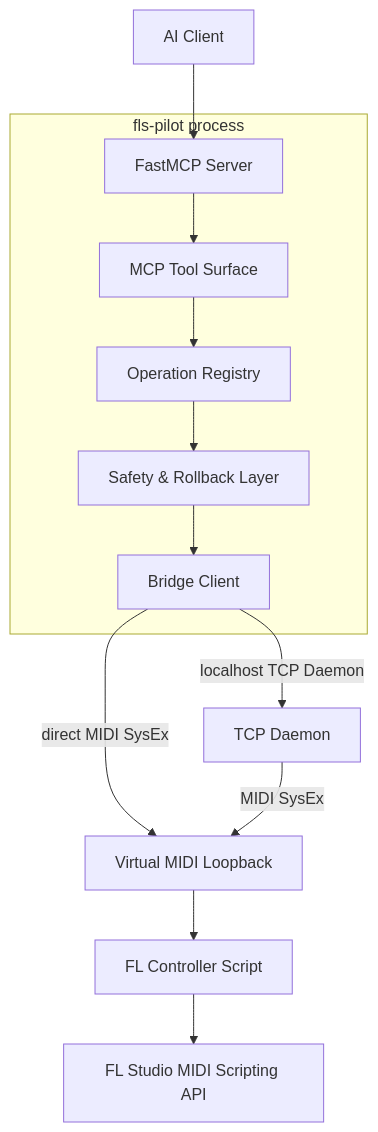
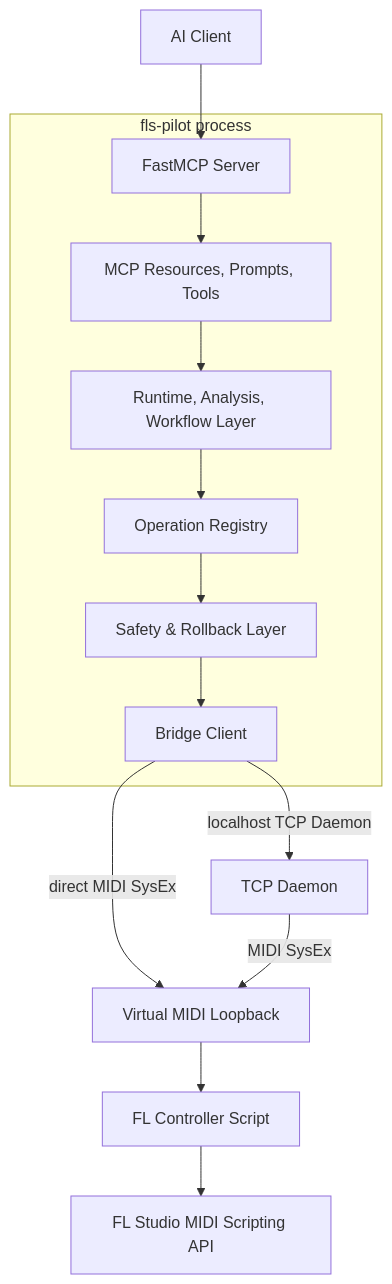
One commit to thunderdew-dawn/flstudio-mcp changed the diagram in agent-docs/concepts/architecture.md. Above: the diagram before and after it, drawn with Mermaid. The commit also changed other lines of this file and 5 other files, not shown here.

Commit message:
docs: document Control Center and audio evidence workflows, refactor tool contexts, and clarify registry responsibilities for agent and runtime systems.

````diff
--- a/agent-docs/concepts/architecture.md
+++ b/agent-docs/concepts/architecture.md
@@ -13,18 +13,19 @@
 ```mermaid
 flowchart TD
     Client[AI Client] --> FastMCP[FastMCP Server]
     
     subgraph fls-pilot process
-        FastMCP --> Surface[MCP Tool Surface]
-        Surface --> Registry[Operation Registry]
+        FastMCP --> Surface[MCP Resources, Prompts, Tools]
+        Surface --> Runtime[Runtime, Analysis, Workflow Layer]
+        Runtime --> Registry[Operation Registry]
         Registry --> Safety[Safety & Rollback Layer]
         Safety --> Bridge[Bridge Client]
     end
     
     Bridge -- direct MIDI SysEx --> Loopback[Virtual MIDI Loopback]
     Bridge -- localhost TCP Daemon --> Daemon[TCP Daemon]
     Daemon -- MIDI SysEx --> Loopback
     
     Loopback --> Controller[FL Controller Script]
     Controller --> FLAPI[FL Studio MIDI Scripting API]
 ```
````
